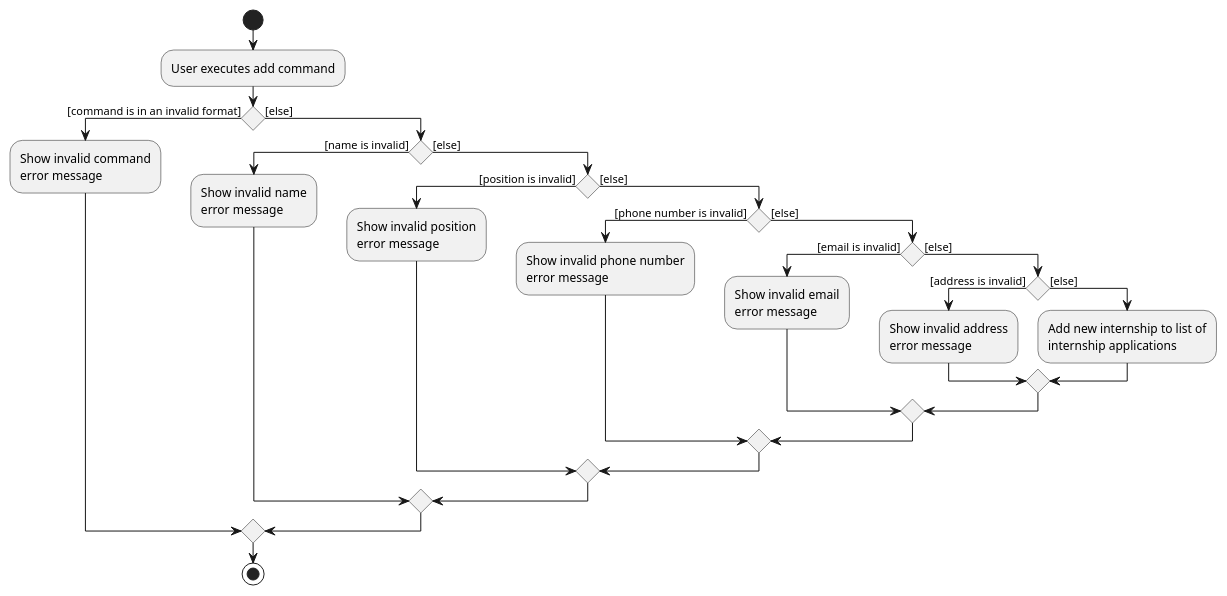
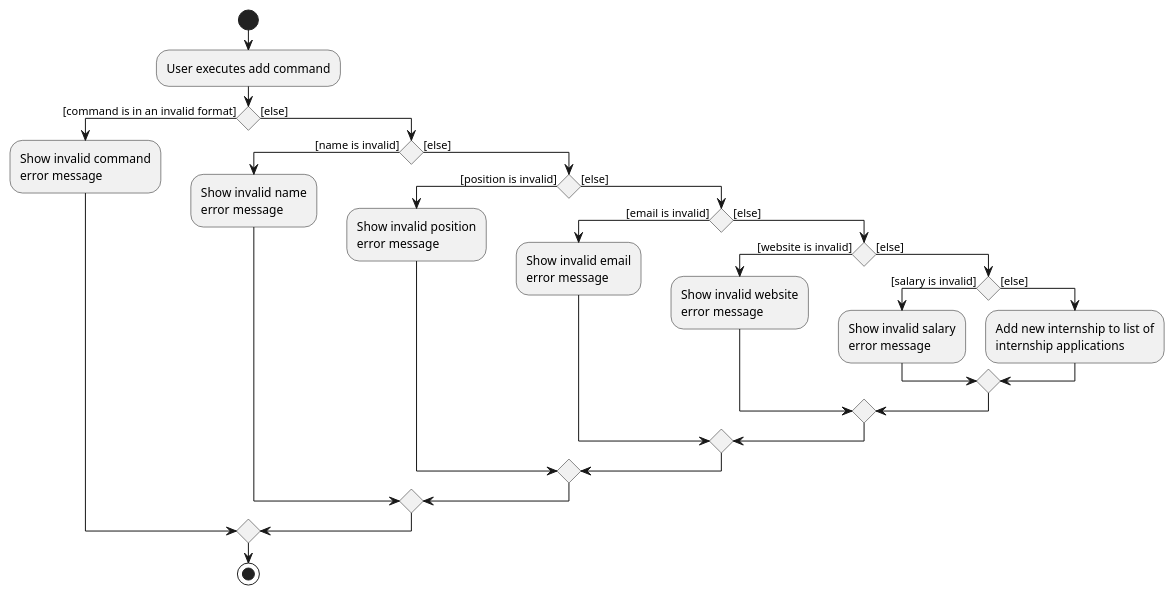
The diagram in docs/diagrams/AddActivityDiagram.puml (nus-cs2103-AY2223S1/tp), drawn with PlantUML before and after one commit. The commit also changed 3 other files, not shown here.

Commit message:
Edit add diagrams to reflect InTrack

```diff
--- a/docs/diagrams/AddActivityDiagram.puml
+++ b/docs/diagrams/AddActivityDiagram.puml
@@ -1,47 +1,47 @@
 @startuml
 start
 :User executes add command;
 
 'Since the beta syntax does not support placing the condition outside the
 'diamond we place it as the true branch instead.
 
 if () then ([command is in an invalid format])
     :Show invalid command
     error message;
 
 else ([else])
     if () then ([name is invalid])
     :Show invalid name
     error message;
 
     else ([else])
         if () then ([position is invalid])
             :Show invalid position
             error message;
 
         else ([else])
-            if () then ([phone number is invalid])
-                :Show invalid phone number
+            if () then ([email is invalid])
+                :Show invalid email
                 error message;
 
             else ([else])
-                if () then ([email is invalid])
-                    :Show invalid email
+                if () then ([website is invalid])
+                    :Show invalid website
                     error message;
 
                 else ([else])
-                    if () then ([address is invalid])
-                        :Show invalid address
+                    if () then ([salary is invalid])
+                        :Show invalid salary
                         error message;
 
                         else ([else])
                         :Add new internship to list of
                         internship applications;
                     endif
                 endif
             endif
         endif
     endif
 endif
 stop
 @enduml
```
